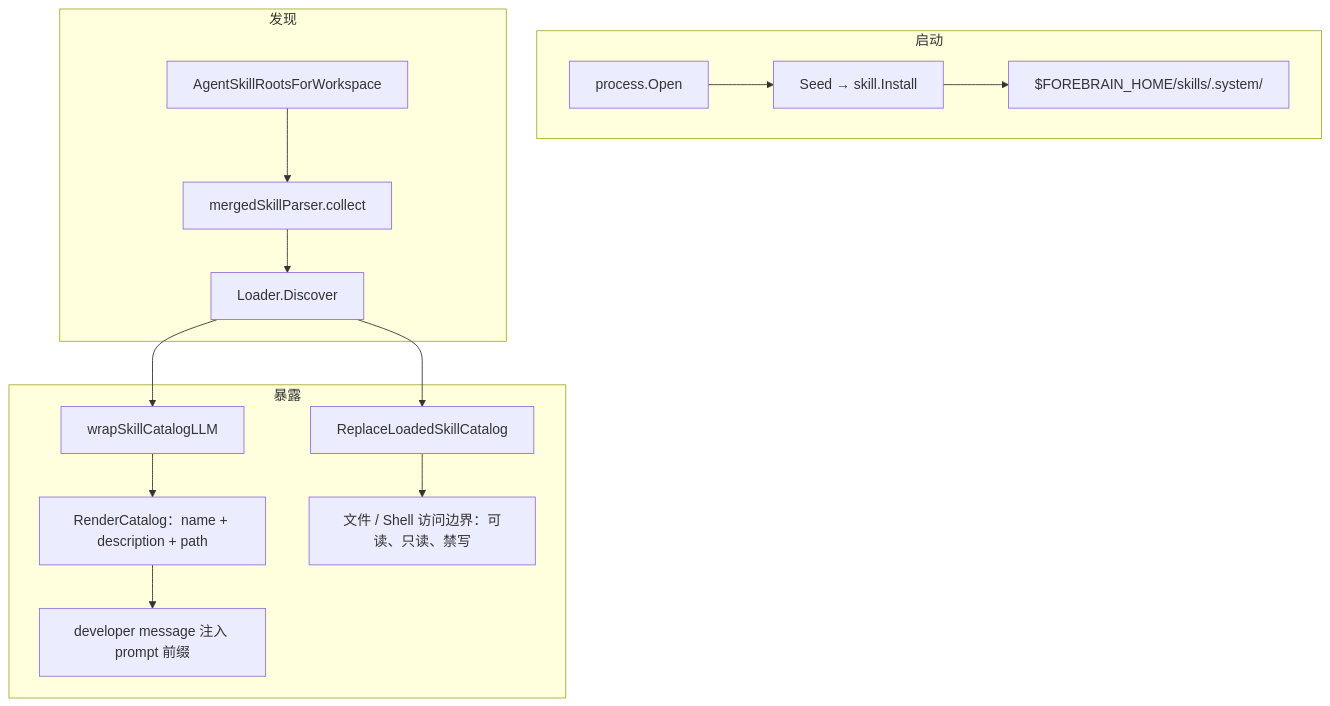
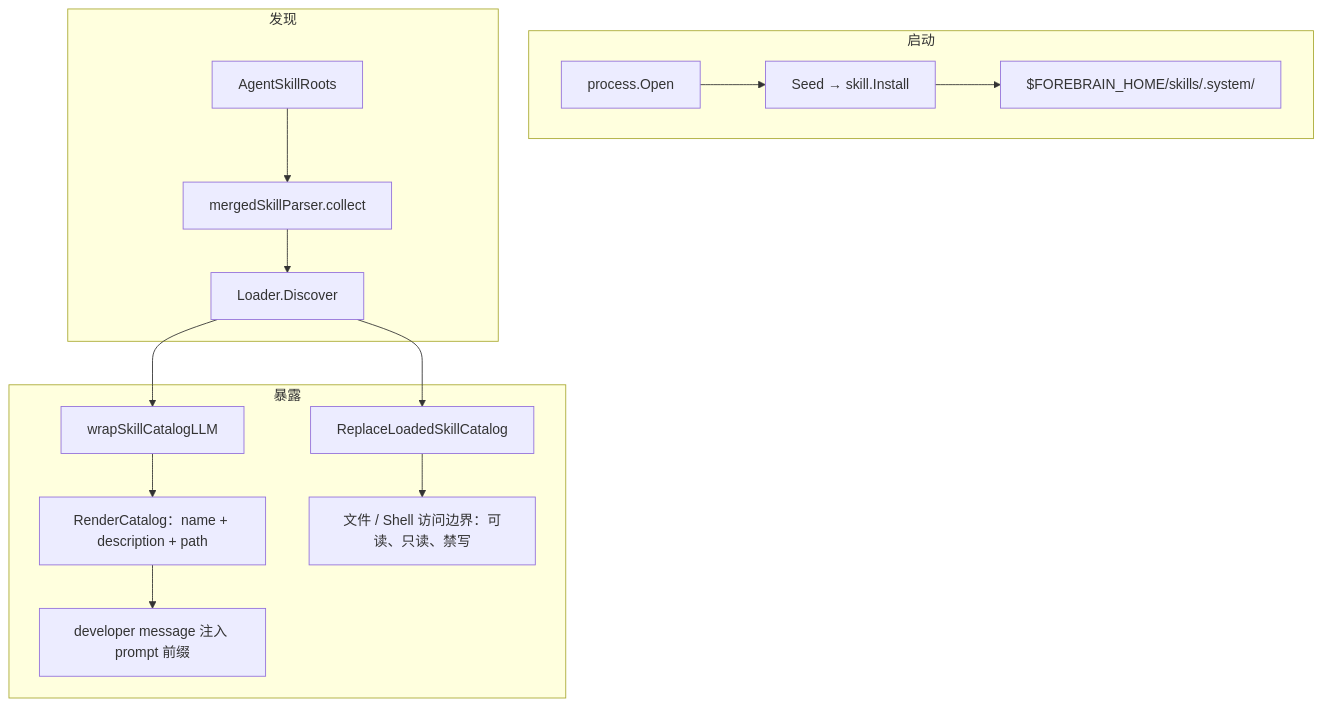
One commit to forebrain-harness/forebrain-harness.github.io changed the diagram in docs/zh/guide/skills-internals.md. Above: the diagram before and after it, drawn with Mermaid. The commit also changed other lines of this file and 46 other files, not shown here.

````diff
--- a/docs/zh/guide/skills-internals.md
+++ b/docs/zh/guide/skills-internals.md
@@ -14,18 +14,18 @@
 ```mermaid
 flowchart TB
     subgraph 启动
         O["process.Open"] --> SD["Seed → skill.Install"]
         SD --> SYS["$FOREBRAIN_HOME/skills/.system/"]
     end
     subgraph 发现
-        R["AgentSkillRootsForWorkspace"] --> C["mergedSkillParser.collect"]
+        R["AgentSkillRoots"] --> C["mergedSkillParser.collect"]
         C --> L["Loader.Discover"]
     end
     subgraph 暴露
         L --> W["wrapSkillCatalogLLM"]
         W --> CAT["RenderCatalog：name + description + path"]
         CAT --> DEV["developer message 注入 prompt 前缀"]
         L --> RC["ReplaceLoadedSkillCatalog"]
         RC --> ACC["文件 / Shell 访问边界：可读、只读、禁写"]
     end
 ```
````
